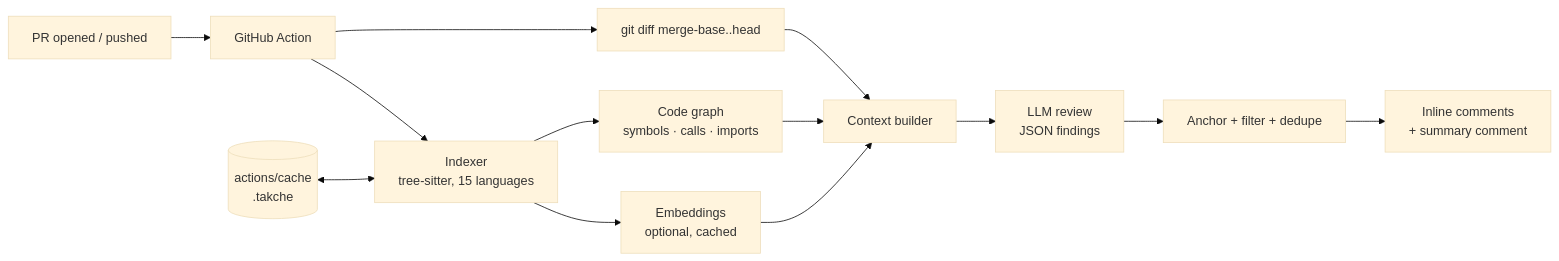
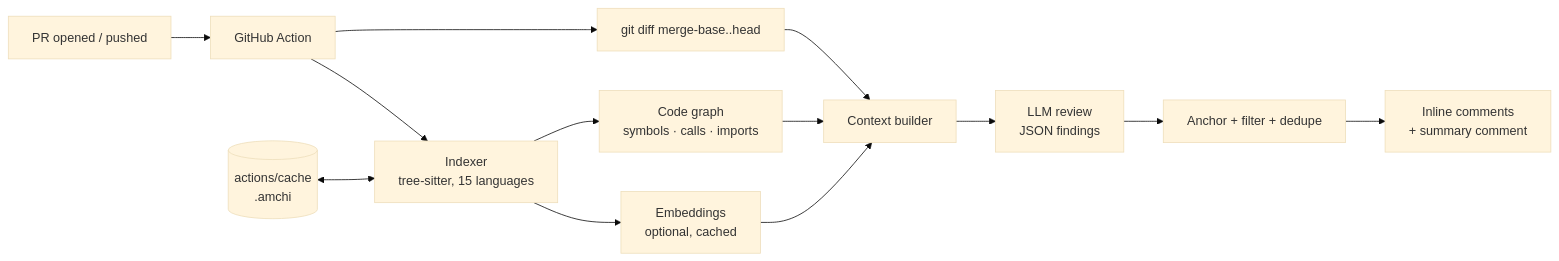
One commit to TenzDelek/Amchi changed the diagram in README.md. Above: the diagram before and after it, drawn with Mermaid (base theme). The commit also changed other lines of this file and 20 other files, not shown here.

First line of the commit message:
Rebrand Takche to Amchi

````diff
--- a/README.md
+++ b/README.md
@@ -21,15 +23,15 @@
 ```mermaid
 flowchart LR
   PR[PR opened / pushed] --> A[GitHub Action]
   A --> I[Indexer<br/>tree-sitter, 15 languages]
-  C[(actions/cache<br/>.takche)] <--> I
+  C[(actions/cache<br/>.amchi)] <--> I
   I --> G[Code graph<br/>symbols · calls · imports]
   I --> E[Embeddings<br/>optional, cached]
   A --> D[git diff merge-base..head]
   D --> R[Context builder]
   G --> R
   E --> R
   R --> L[LLM review<br/>JSON findings]
   L --> V[Anchor + filter + dedupe]
   V --> GH[Inline comments<br/>+ summary comment]
 ```
````
